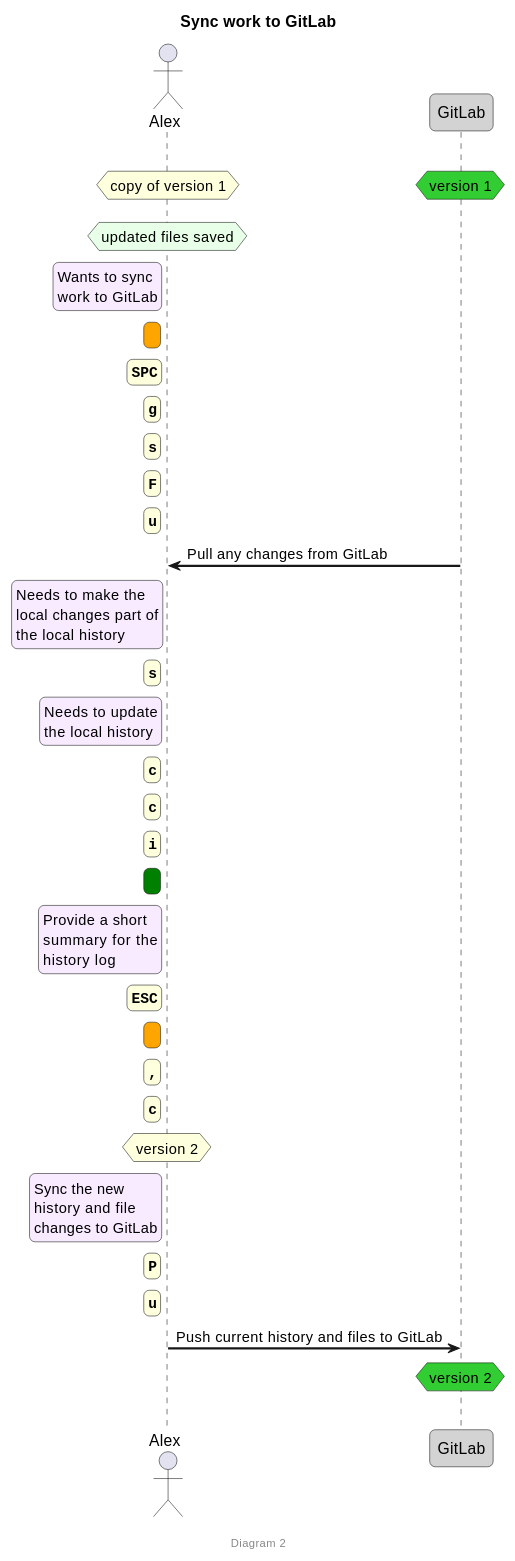
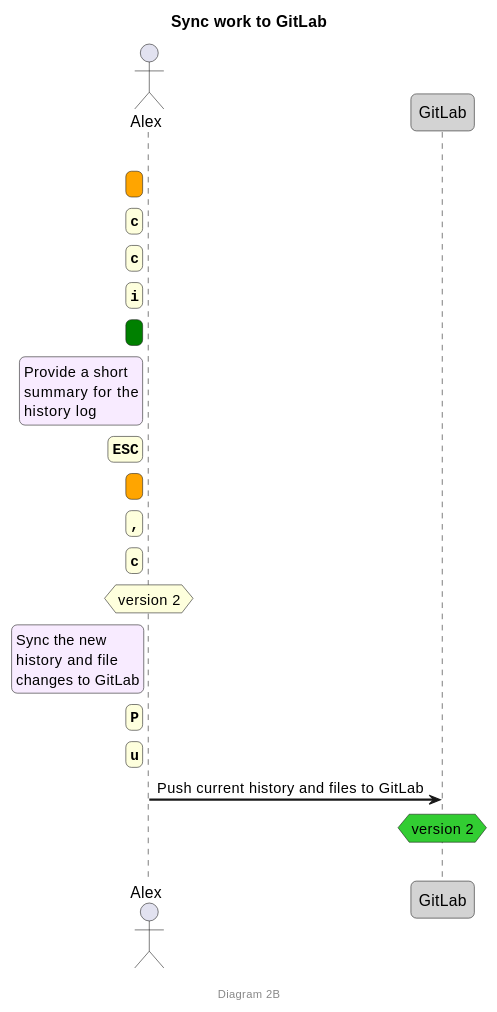
The fourth of 6 diagrams in training/spacemacs-workflow/spacemacs-workflow-images.org (hh/org), drawn with PlantUML before and after one commit. The commit also changed other lines of this file and 9 other files, not shown here.

Commit message:
Update Spacemacs/GitLab workflow with staging notes

```diff
--- a/training/spacemacs-workflow/spacemacs-workflow-images.org
+++ b/training/spacemacs-workflow/spacemacs-workflow-images.org
@@ -48,46 +86,30 @@
-  #+begin_src plantuml :dir "./images" :file spacemacs-workflow-02.png
+  #+begin_src plantuml :dir "./images" :file spacemacs-workflow-02b.png
 title **Sync work to GitLab**
-footer \nDiagram 2
+footer \nDiagram 2B
 
 skinparam sequenceArrowThickness 2
 skinparam roundcorner 10
 actor Alex as alex
 participant GitLab as gitlab #lightgrey
 
 ||20||
-hnote over gitlab #limegreen : version 1
-/ hnote over alex : copy of version 1
 
-||10||
-hnote over alex #e8ffe8 : updated files saved
-
-rnote left of alex #f8ebff : Wants to sync\nwork to GitLab
 rnote left of alex #orange : **"" ""**
-rnote left of alex : **""SPC""**
-rnote left of alex : **""g""**
-rnote left of alex : **""s""**
-rnote left of alex : **""F""**
-rnote left of alex : **""u""**
-alex <- gitlab : Pull any changes from GitLab
-
-rnote left of alex #f8ebff : Needs to make the\nlocal changes part of\nthe local history 
-rnote left of alex : **""s""**
-rnote left of alex #f8ebff : Needs to update\nthe local history 
 rnote left of alex : **""c""**
 rnote left of alex : **""c""**
 rnote left of alex : **""i""**
 rnote left of alex #green : **"" ""**
 rnote left of alex #f8ebff : Provide a short\nsummary for the\nhistory log
 rnote left of alex : **""ESC""**
 rnote left of alex #orange : **"" ""**
 rnote left of alex : **"",""**
 rnote left of alex : **""c""**
 hnote over alex : version 2
 rnote left of alex #f8ebff : Sync the new\nhistory and file\nchanges to GitLab
 rnote left of alex : **""P""**
 rnote left of alex : **""u""**
 alex -> gitlab : Push current history and files to GitLab
 hnote over gitlab #limegreen : version 2
 
 ||20||
   #+end_src
```
